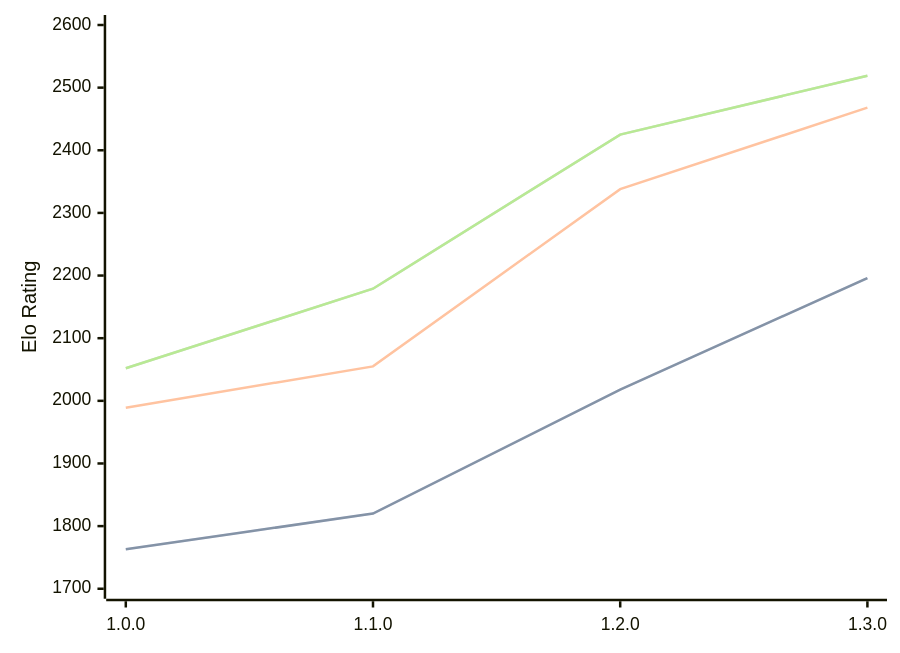
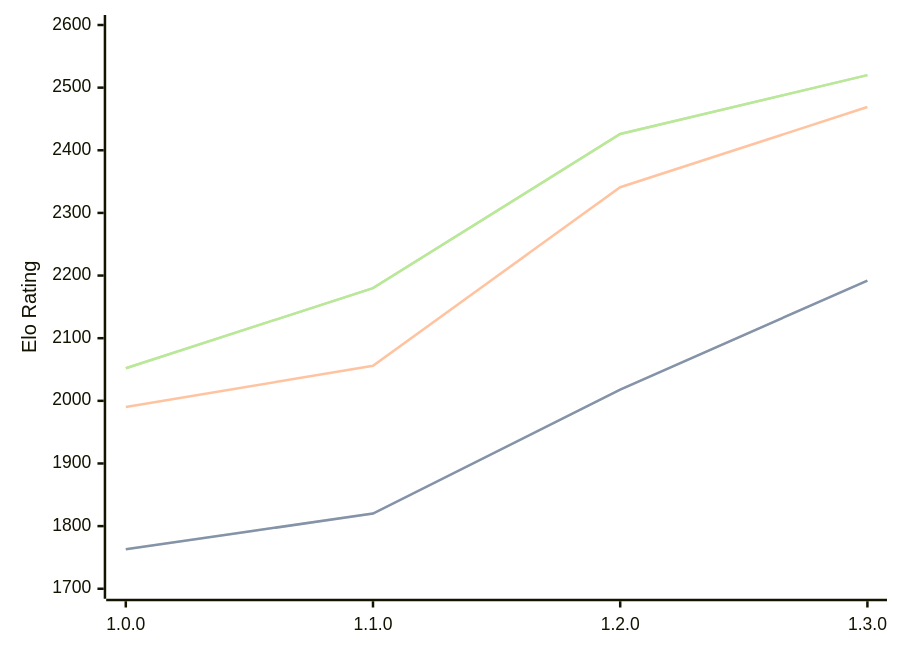
Before and after one commit to computer-chess-index/cci: the diagram in engines/Anodos.md, drawn with Mermaid. The commit also changed other lines of this file, not shown here.

Commit message:
Update CCI Ratings (ELO VLTC) - 2026-04-11

````diff
--- a/engines/Anodos.md
+++ b/engines/Anodos.md
@@ -45,11 +45,11 @@
 ```mermaid
 %%{init: {"theme":"base","themeVariables":{"seriesColors:['#a3a3a3','#222221','#faa371']}}}%%
 xychart-beta
   x-axis ["1.0.0", "1.1.0", "1.2.0", "1.3.0"]
   y-axis "Elo Rating" 1700 --> 2600
-  line "STC (8.0+0.08s)" [1763, 1820, 2018, 2196]
-  line "STC (8.0+0.08s)" [1763, 1820, 2018, 2196]
-  line "LTC (60.0+0.60s)" [1989, 2055, 2338, 2468]
-  line "VLTC (2m24s+1.12s)" [2052, 2179, 2425, 2519]
-  line "VLTC (2m24s+1.12s)" [2052, 2179, 2425, 2519]
+  line "STC (8.0+0.08s)" [1763, 1820, 2018, 2192]
+  line "STC (8.0+0.08s)" [1763, 1820, 2018, 2192]
+  line "LTC (60.0+0.60s)" [1990, 2056, 2341, 2469]
+  line "VLTC (2m24s+1.12s)" [2052, 2180, 2426, 2520]
+  line "VLTC (2m24s+1.12s)" [2052, 2180, 2426, 2520]
 ```
````
